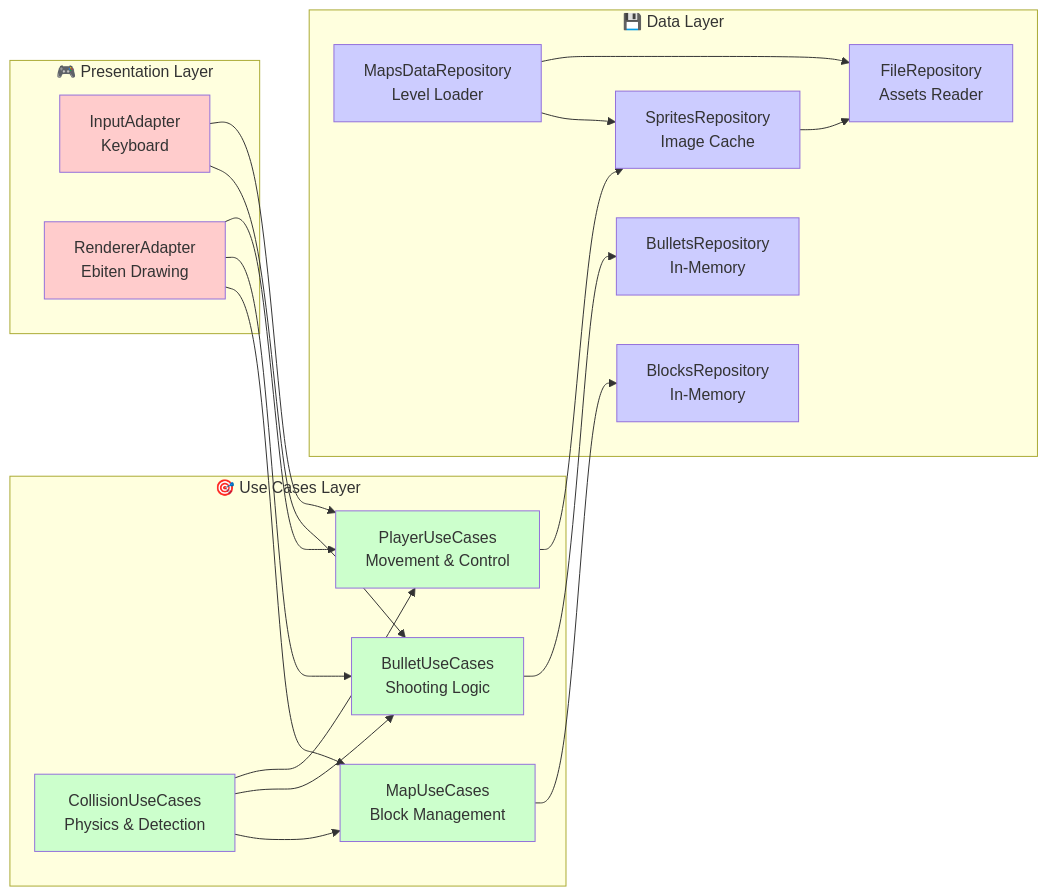
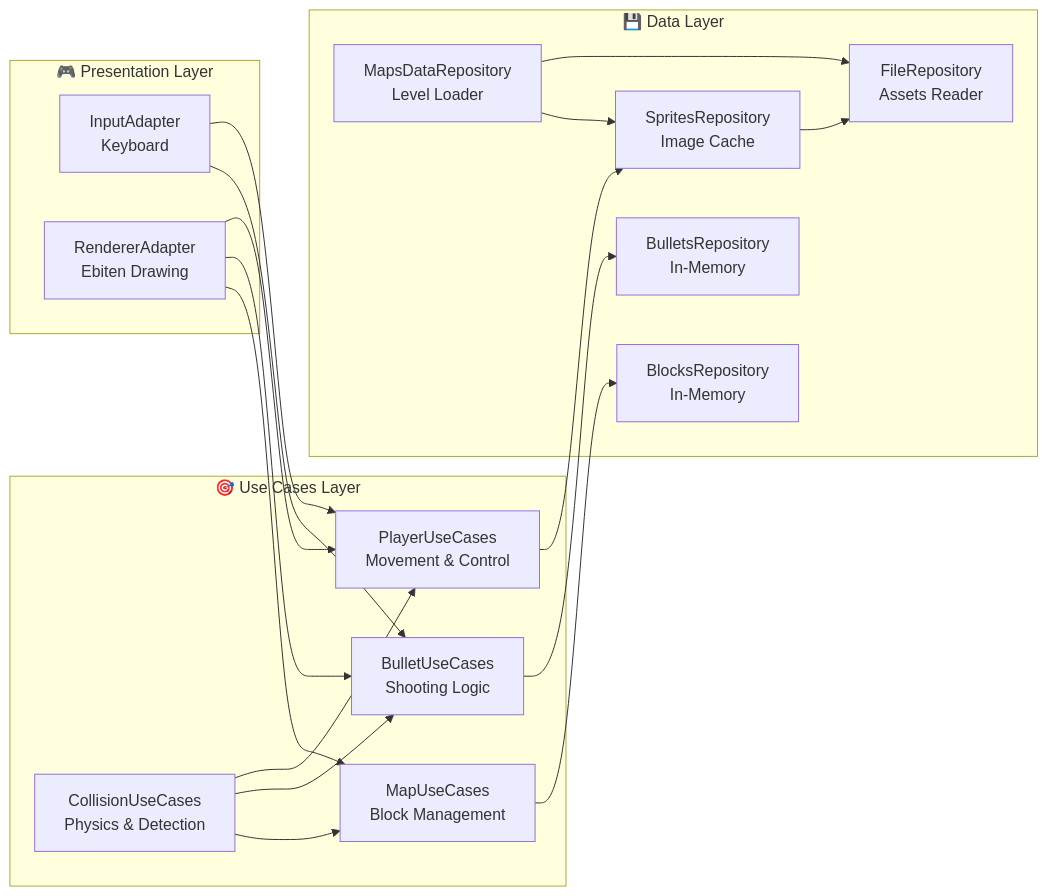
Before and after one commit to shpaker/tnk9x: the second of 5 diagrams in README.md, drawn with Mermaid. The commit also changed other lines of this file, not shown here.

````diff
--- a/README.md
+++ b/README.md
@@ -110,52 +103,40 @@
 ```mermaid
 graph LR
     subgraph "🎮 Presentation Layer"
         Input[InputAdapter<br/>Keyboard]
         Render[RendererAdapter<br/>Ebiten Drawing]
     end
     
     subgraph "🎯 Use Cases Layer"
         Player[PlayerUseCases<br/>Movement & Control]
         Bullet[BulletUseCases<br/>Shooting Logic]
         Map[MapUseCases<br/>Block Management]
         Collision[CollisionUseCases<br/>Physics & Detection]
     end
     
     subgraph "💾 Data Layer"
         BlocksRepo[BlocksRepository<br/>In-Memory]
         BulletsRepo[BulletsRepository<br/>In-Memory]
         MapsRepo[MapsDataRepository<br/>Level Loader]
         SpritesRepo[SpritesRepository<br/>Image Cache]
         FileRepo[FileRepository<br/>Assets Reader]
     end
     
     Input --> Player
     Input --> Bullet
     
     Render --> Player
     Render --> Bullet
     Render --> Map
     
     Player --> SpritesRepo
     Bullet --> BulletsRepo
     Map --> BlocksRepo
     Collision --> Player
     Collision --> Bullet
     Collision --> Map
     
     MapsRepo --> FileRepo
     MapsRepo --> SpritesRepo
     SpritesRepo --> FileRepo
-    
-    style Input fill:#ffcccc
-    style Render fill:#ffcccc
-    style Player fill:#ccffcc
-    style Bullet fill:#ccffcc
-    style Map fill:#ccffcc
-    style Collision fill:#ccffcc
-    style BlocksRepo fill:#ccccff
-    style BulletsRepo fill:#ccccff
-    style MapsRepo fill:#ccccff
-    style SpritesRepo fill:#ccccff
-    style FileRepo fill:#ccccff
 ```
````
